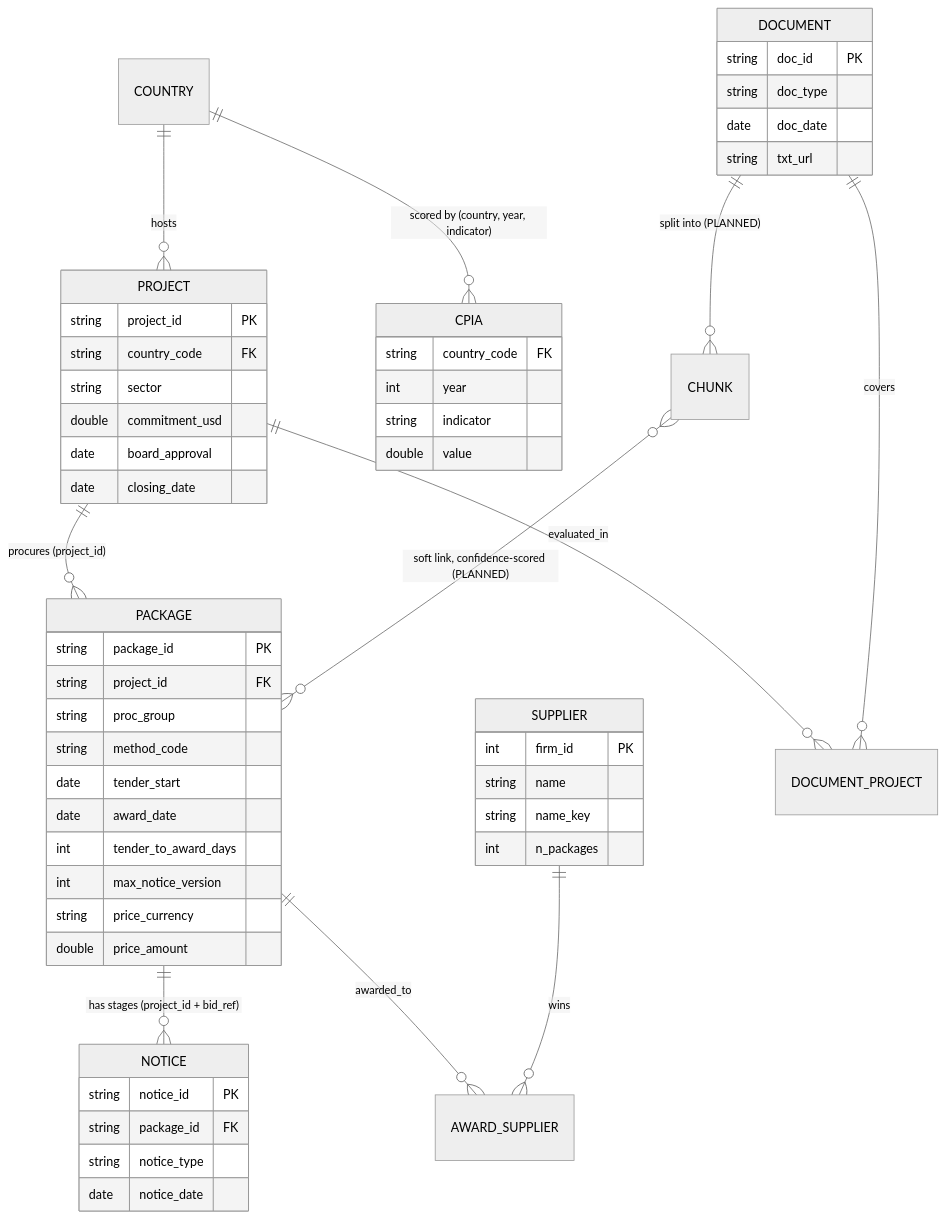
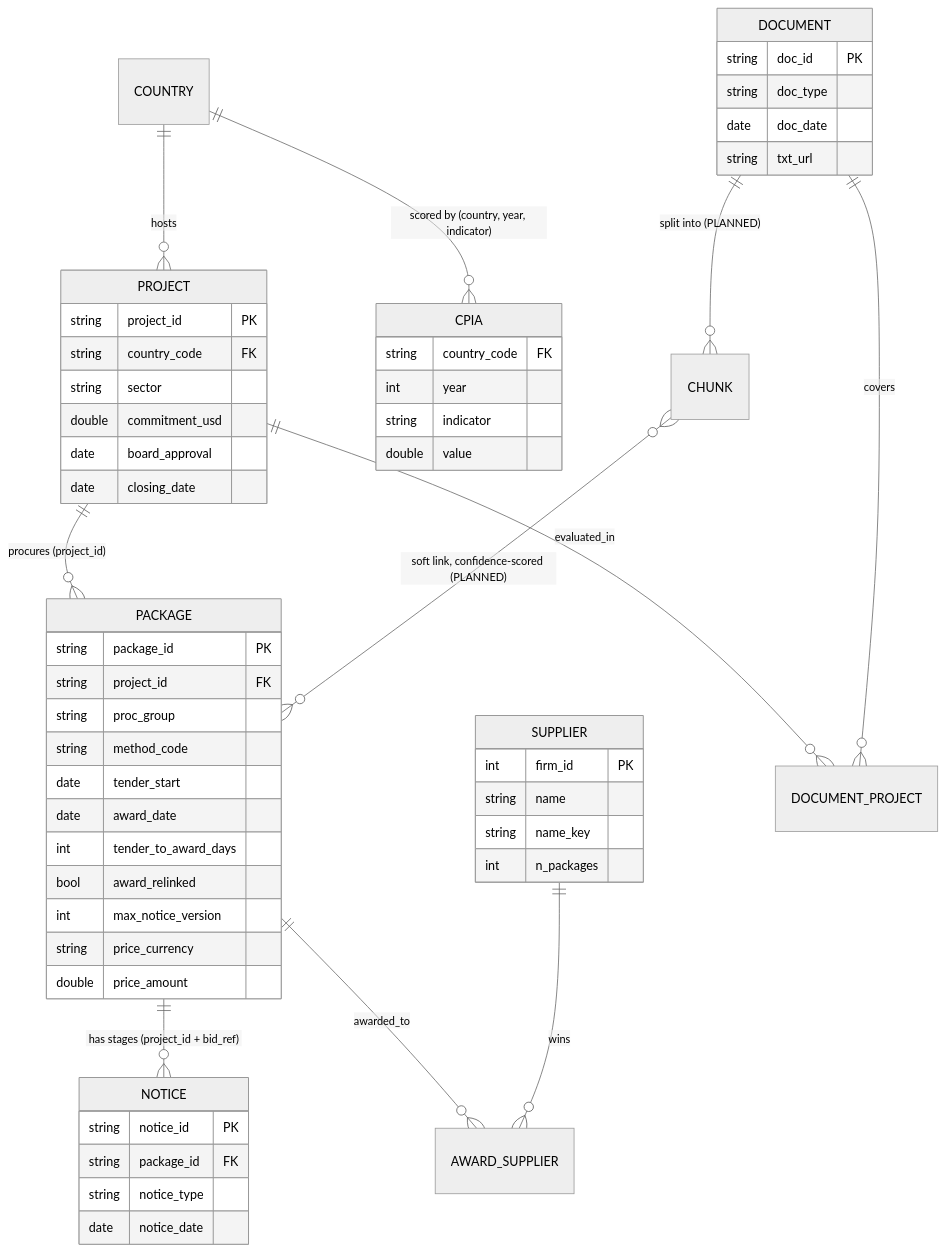
One commit to wcares/procurement-intelligence changed the diagram in docs/data-model.md. Above: the diagram before and after it, drawn with Mermaid (neutral theme). The commit also changed other lines of this file and 4 other files, not shown here.

````diff
--- a/docs/data-model.md
+++ b/docs/data-model.md
@@ -8,20 +8,20 @@
 ```mermaid
 erDiagram
     COUNTRY ||--o{ PROJECT : hosts
     COUNTRY ||--o{ CPIA : "scored by (country, year, indicator)"
     PROJECT ||--o{ PACKAGE : "procures (project_id)"
     PACKAGE ||--o{ NOTICE : "has stages (project_id + bid_ref)"
     PACKAGE ||--o{ AWARD_SUPPLIER : awarded_to
     SUPPLIER ||--o{ AWARD_SUPPLIER : wins
     PROJECT ||--o{ DOCUMENT_PROJECT : evaluated_in
     DOCUMENT ||--o{ DOCUMENT_PROJECT : covers
     DOCUMENT ||--o{ CHUNK : "split into (PLANNED)"
     CHUNK }o--o{ PACKAGE : "soft link, confidence-scored (PLANNED)"
 
     PROJECT { string project_id PK  string country_code FK  string sector  double commitment_usd  date board_approval  date closing_date }
-    PACKAGE { string package_id PK  string project_id FK  string proc_group  string method_code  date tender_start  date award_date  int tender_to_award_days  int max_notice_version  string price_currency  double price_amount }
+    PACKAGE { string package_id PK  string project_id FK  string proc_group  string method_code  date tender_start  date award_date  int tender_to_award_days  bool award_relinked  int max_notice_version  string price_currency  double price_amount }
     NOTICE  { string notice_id PK  string package_id FK  string notice_type  date notice_date }
     SUPPLIER { int firm_id PK  string name  string name_key  int n_packages }
     DOCUMENT { string doc_id PK  string doc_type  date doc_date  string txt_url }
     CPIA { string country_code FK  int year  string indicator  double value }
 ```
````
